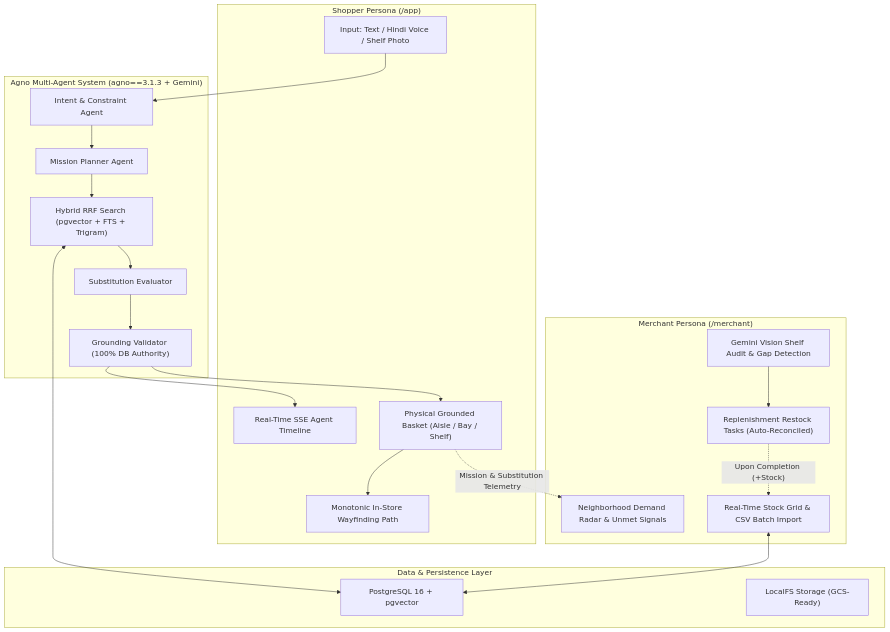
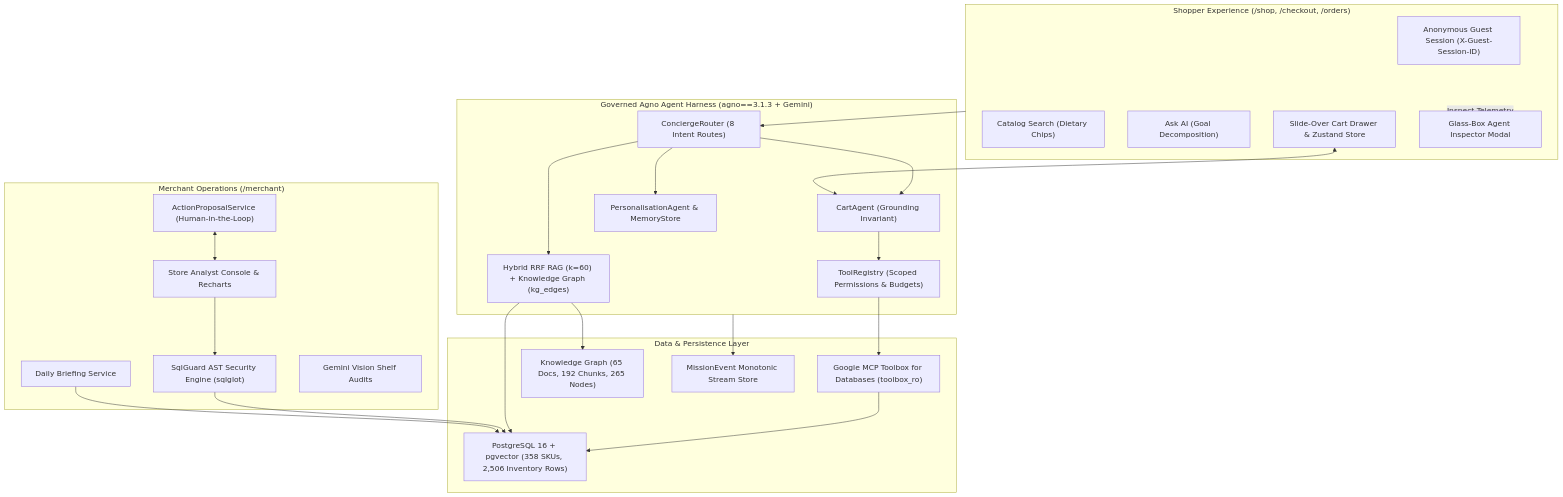
One commit to bhanushakya2004/OmniAgent changed the diagram in README.md. Above: the diagram before and after it, drawn with Mermaid. The commit also changed other lines of this file and 3 other files, not shown here.

First line of the commit message:
docs: release v0.2.0 documentation, architecture sequence diagrams, and changelog

````diff
--- a/README.md
+++ b/README.md
@@ -30,44 +81,54 @@
 ```mermaid
 flowchart TB
-    subgraph ShopperPersona["Shopper Persona (/app)"]
-        ShopperInput["Input: Text / Hindi Voice / Shelf Photo"]
-        Timeline["Real-Time SSE Agent Timeline"]
-        Basket["Physical Grounded Basket (Aisle / Bay / Shelf)"]
-        Route["Monotonic In-Store Wayfinding Path"]
+    subgraph ShopperExperience["Shopper Experience (/shop, /checkout, /orders)"]
+        GuestSession["Anonymous Guest Session (X-Guest-Session-ID)"]
+        SearchMode["Catalog Search (Dietary Chips)"]
+        AskAIMode["Ask AI (Goal Decomposition)"]
+        CartDrawerUI["Slide-Over Cart Drawer & Zustand Store"]
+        InspectorUI["Glass-Box Agent Inspector Modal"]
     end
 
-    subgraph AgentOrchestration["Agno Multi-Agent System (agno==3.1.3 + Gemini)"]
-        IntentAgent["Intent & Constraint Agent"]
-        PlannerAgent["Mission Planner Agent"]
-        HybridSearch["Hybrid RRF Search (pgvector + FTS + Trigram)"]
-        SubEval["Substitution Evaluator"]
-        Validator["Grounding Validator (100% DB Authority)"]
+    subgraph AgenticHarness["Governed Agno Agent Harness (agno==3.1.3 + Gemini)"]
+        Router["ConciergeRouter (8 Intent Routes)"]
+        CartAgent["CartAgent (Grounding Invariant)"]
+        PersonalAgent["PersonalisationAgent & MemoryStore"]
+        RAGPipeline["Hybrid RRF RAG (k=60) + Knowledge Graph (kg_edges)"]
+        ToolRegistry["ToolRegistry (Scoped Permissions & Budgets)"]
     end
 
-    subgraph MerchantPersona["Merchant Persona (/merchant)"]
-        DemandRadar["Neighborhood Demand Radar & Unmet Signals"]
-        InventoryOps["Real-Time Stock Grid & CSV Batch Import"]
-        ShelfAudit["Gemini Vision Shelf Audit & Gap Detection"]
-        RestockTasks["Replenishment Restock Tasks (Auto-Reconciled)"]
+    subgraph MerchantOperations["Merchant Operations (/merchant)"]
+        AnalystConsole["Store Analyst Console & Recharts"]
+        SqlGuard["SqlGuard AST Security Engine (sqlglot)"]
+        BriefingService["Daily Briefing Service"]
+        HITLProposals["ActionProposalService (Human-in-the-Loop)"]
+        VisionAudits["Gemini Vision Shelf Audits"]
     end
 
-    subgraph DatabaseLayer["Data & Persistence Layer"]
-        PG["PostgreSQL 16 + pgvector"]
-        Filesystem["LocalFS Storage (GCS-Ready)"]
+    subgraph DataAndToolboxLayer["Data & Persistence Layer"]
+        PG["PostgreSQL 16 + pgvector (358 SKUs, 2,506 Inventory Rows)"]
+        MCPToolbox["Google MCP Toolbox for Databases (toolbox_ro)"]
+        KG["Knowledge Graph (65 Docs, 192 Chunks, 265 Nodes)"]
+        EventLog["MissionEvent Monotonic Stream Store"]
     end
 
-    ShopperInput --> IntentAgent
-    IntentAgent --> PlannerAgent
-    PlannerAgent --> HybridSearch
-    HybridSearch <--> PG
-    HybridSearch --> SubEval
-    SubEval --> Validator
-    Validator --> Timeline
-    Validator --> Basket
-    Basket --> Route
+    ShopperExperience --> Router
+    Router --> CartAgent
+    Router --> RAGPipeline
+    Router --> PersonalAgent
     
-    Basket -.->|"Mission & Substitution Telemetry"| DemandRadar
-    InventoryOps <--> PG
-    ShelfAudit --> RestockTasks
-    RestockTasks -.->|"Upon Completion (+Stock)"| InventoryOps
+    CartAgent --> ToolRegistry
+    ToolRegistry --> MCPToolbox
+    MCPToolbox --> PG
+    RAGPipeline --> KG
+    RAGPipeline --> PG
+    
+    ShopperExperience -.->|"Inspect Telemetry"| InspectorUI
+    CartDrawerUI <--> CartAgent
+    
+    AnalystConsole --> SqlGuard
+    SqlGuard --> PG
+    BriefingService --> PG
+    HITLProposals <--> AnalystConsole
+    
+    AgenticHarness --> EventLog
 ```
````
